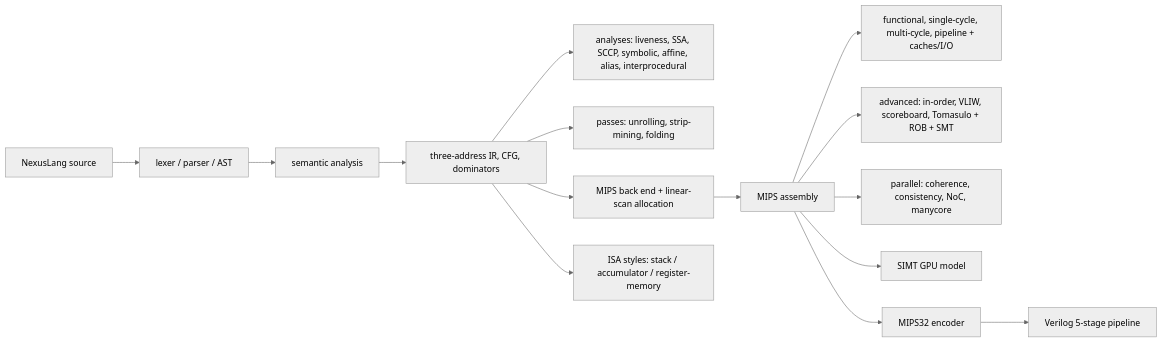
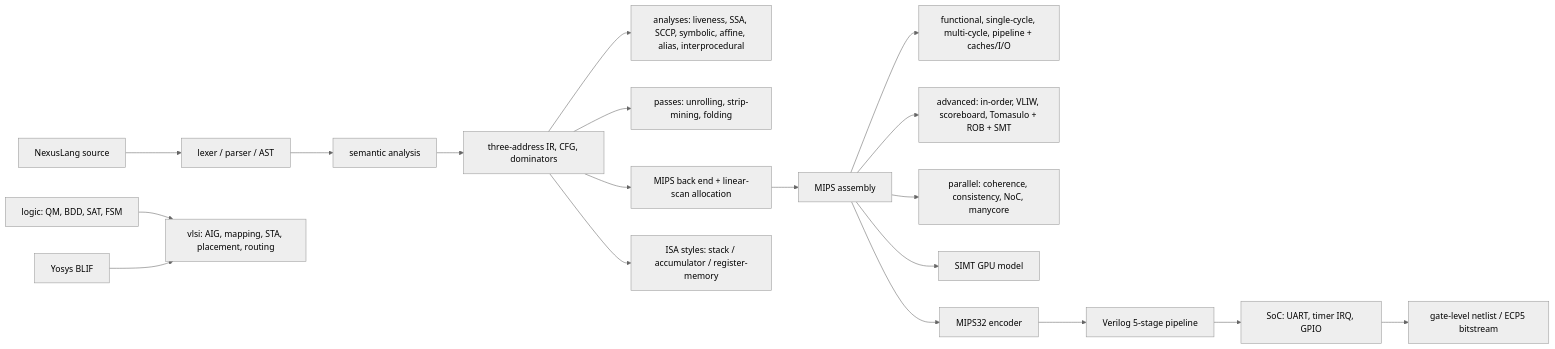
Before and after one commit to gdtsitlauri/nexus-platform: the diagram in ARCHITECTURE.md, drawn with Mermaid (neutral theme). The commit also changed other lines of this file and 129 other files, not shown here.

First line of the commit message:
NEXUS 2.0.0: ten courses as one flow

````diff
--- a/ARCHITECTURE.md
+++ b/ARCHITECTURE.md
@@ -7,16 +10,19 @@
 ```mermaid
 flowchart LR
   A[NexusLang source] --> B[lexer / parser / AST]
   B --> C[semantic analysis]
   C --> D[three-address IR, CFG, dominators]
   D --> E[analyses: liveness, SSA, SCCP, symbolic, affine, alias, interprocedural]
   D --> F[passes: unrolling, strip-mining, folding]
   D --> G[MIPS back end + linear-scan allocation]
   D --> H[ISA styles: stack / accumulator / register-memory]
   G --> I[MIPS assembly]
   I --> J[functional, single-cycle, multi-cycle, pipeline + caches/I/O]
   I --> K[advanced: in-order, VLIW, scoreboard, Tomasulo + ROB + SMT]
   I --> L[parallel: coherence, consistency, NoC, manycore]
   I --> M[SIMT GPU model]
   I --> N[MIPS32 encoder] --> O[Verilog 5-stage pipeline]
+  O --> P[SoC: UART, timer IRQ, GPIO] --> Q[gate-level netlist / ECP5 bitstream]
+  R[logic: QM, BDD, SAT, FSM] --> S[vlsi: AIG, mapping, STA, placement, routing]
+  T[Yosys BLIF] --> S
 ```
````
